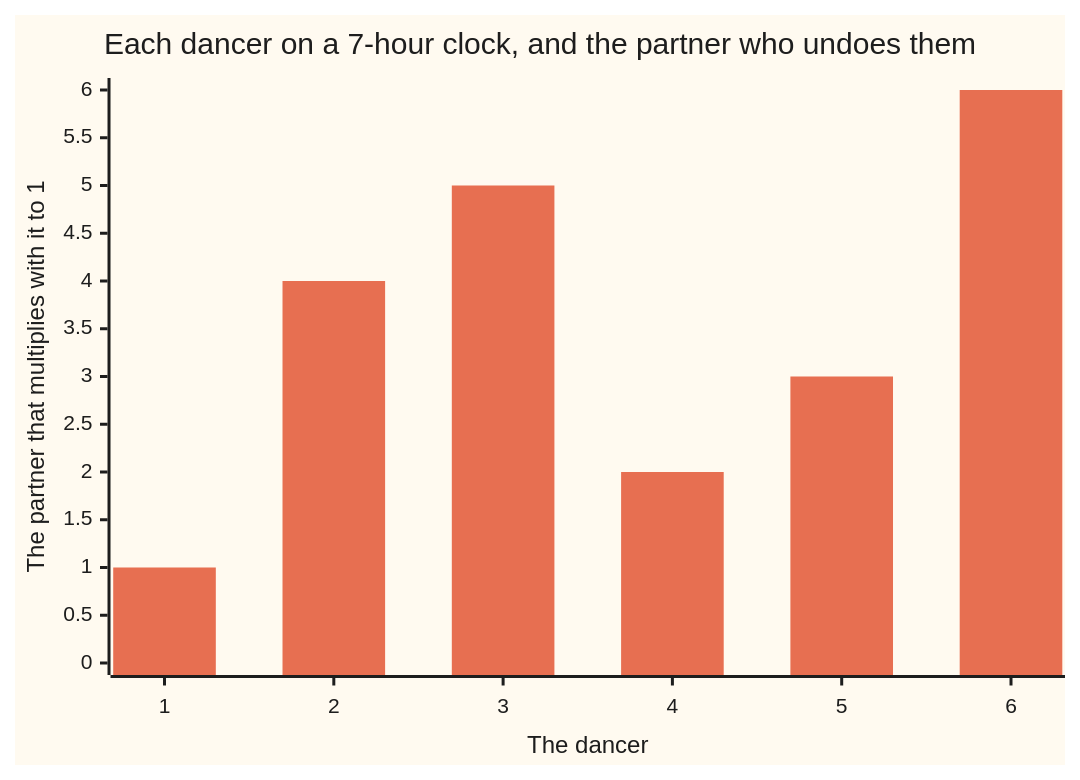
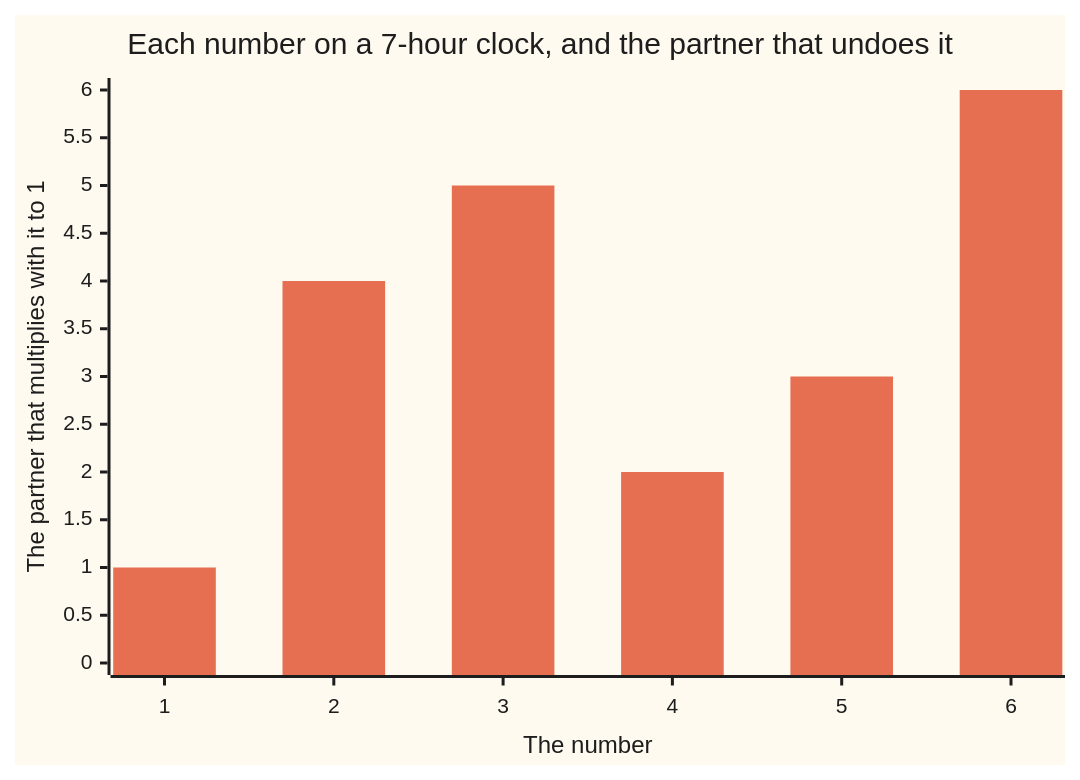
Before and after one commit to wappy-x/Mathematics: the diagram in Cards/02-Number theory/04-Powers on the Clock/06-wilsons-theorem.md, drawn with Mermaid. The commit also changed other lines of this file and 23 other files, not shown here.

Commit message:
Number theory, Powers on the Clock: Wilson -1 claim fixed, generator skip-ahead example, next-card hand-offs

````diff
--- a/Cards/02-Number theory/04-Powers on the Clock/06-wilsons-theorem.md
+++ b/Cards/02-Number theory/04-Powers on the Clock/06-wilsons-theorem.md
@@ -25,8 +25,8 @@
 ```mermaid
 %%{init: {"theme": "base", "themeVariables": {"xyChart": {"backgroundColor": "#fffaf0", "titleColor": "#1d1d1d", "xAxisLabelColor": "#1d1d1d", "xAxisTitleColor": "#1d1d1d", "xAxisTickColor": "#1d1d1d", "xAxisLineColor": "#1d1d1d", "yAxisLabelColor": "#1d1d1d", "yAxisTitleColor": "#1d1d1d", "yAxisTickColor": "#1d1d1d", "yAxisLineColor": "#1d1d1d", "plotColorPalette": "#e76f51, #2a9d8f, #264653"}}}}%%
 xychart-beta
-    title "Each dancer on a 7-hour clock, and the partner who undoes them"
-    x-axis "The dancer" [1, 2, 3, 4, 5, 6]
+    title "Each number on a 7-hour clock, and the partner that undoes it"
+    x-axis "The number" [1, 2, 3, 4, 5, 6]
     y-axis "The partner that multiplies with it to 1" 0 --> 6
     bar [1, 4, 5, 2, 3, 6]
 ```
````
